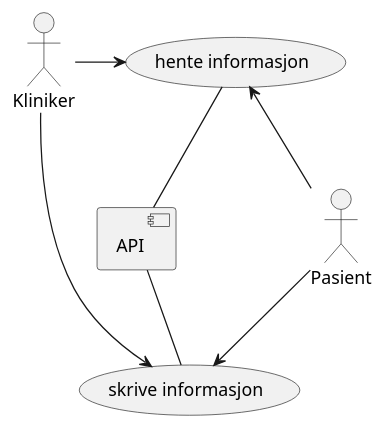
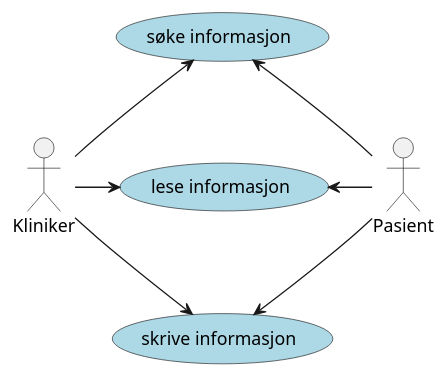
One commit to HL7Norway/best-practice changed the diagram in docs/images-source/API-brukerhistorie.puml. Above: the diagram before and after it, drawn with PlantUML. The commit also changed 3 other files, not shown here.

```diff
--- a/docs/images-source/API-brukerhistorie.puml
+++ b/docs/images-source/API-brukerhistorie.puml
@@ -1,22 +1,27 @@
 @startuml
 
 "Kliniker" as kliniker
-"hente informasjon" as (hente)
-[API] as api
-"skrive informasjon" as (skrive)
-actor "Pasient" as pasient
+"søke informasjon" as (søke) #lightblue
+"lese informasjon" as (lese) #lightblue
+actor "Pasient" as pasient 
+'[API] as api
+"skrive informasjon" as (skrive) #lightblue
 
-kliniker -> (hente)
-(hente) <- pasient
+'kliniker -[hidden]right- api
+'api -[hidden]right- pasient
+
+kliniker -up-> søke
+søke <-down- pasient
+
+kliniker -> (lese)
+(lese) <- pasient
 kliniker -down-> (skrive)
 
-(hente) -[hidden]-> (skrive)
-
-'pasient -left-> hente
+'pasient -left-> lese
 'pasient -[hidden]left-> skrive
 pasient -down-> skrive
 
-api -up- hente
-api -down- skrive
+'api .up. lese
+'api .down. skrive
 
 @enduml
```
